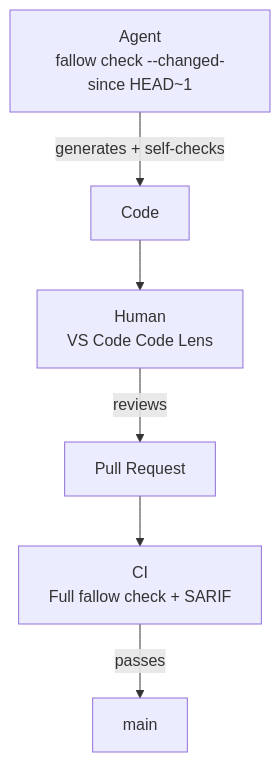
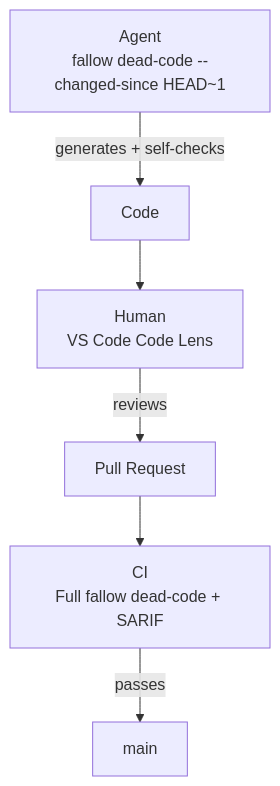
The diagram in integrations/ci.mdx (fallow-rs/docs), drawn with Mermaid before and after one commit. The commit also changed other lines of this file and 21 other files, not shown here.

````diff
--- a/integrations/ci.mdx
+++ b/integrations/ci.mdx
@@ -194,8 +205,8 @@
 ```mermaid
 flowchart TB
-  A["Agent<br/>fallow check --changed-since HEAD~1"] -->|generates + self-checks| B["Code"]
+  A["Agent<br/>fallow dead-code --changed-since HEAD~1"] -->|generates + self-checks| B["Code"]
   B --> C["Human<br/>VS Code Code Lens"]
   C -->|reviews| D["Pull Request"]
-  D --> E["CI<br/>Full fallow check + SARIF"]
+  D --> E["CI<br/>Full fallow dead-code + SARIF"]
   E -->|passes| F["main"]
 ```
````
